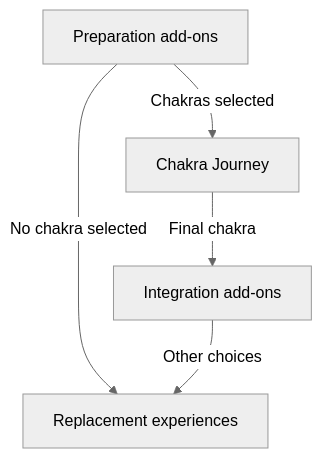
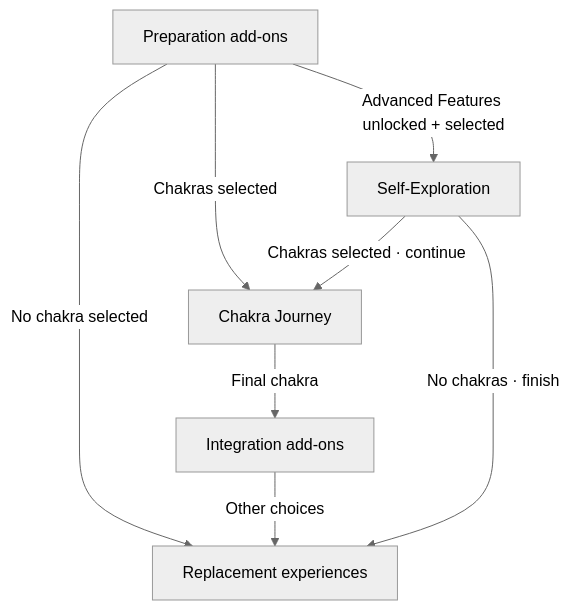
One commit to missionode/lite changed diagram 17 of 47 in docs/app-map/FLOW-REFERENCE.md. Above: the diagram before and after it, drawn with Mermaid (neutral theme). The commit also changed other lines of this file and 111 other files, not shown here.

````diff
--- a/docs/app-map/FLOW-REFERENCE.md
+++ b/docs/app-map/FLOW-REFERENCE.md
@@ -906,11 +909,15 @@
 ```mermaid
 flowchart TD
   prepare["Preparation add-ons"]
+  quiet["Self-Exploration"]
   chakras["Chakra Journey"]
   integrate["Integration add-ons"]
   separate["Replacement experiences"]
   prepare -->|"Chakras selected"| chakras
   prepare -->|"No chakra selected"| separate
   chakras -->|"Final chakra"| integrate
   integrate -->|"Other choices"| separate
+  prepare -->|"Advanced Features unlocked + selected"| quiet
+  quiet -->|"Chakras selected · continue"| chakras
+  quiet -->|"No chakras · finish"| separate
 ```
````
